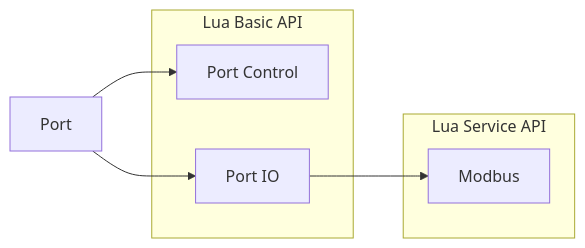
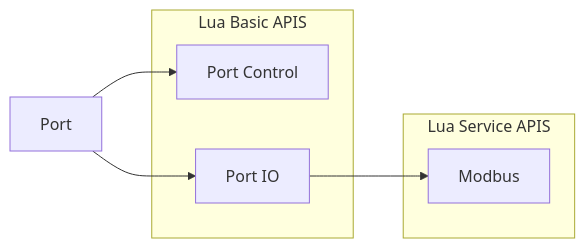
The first of 2 diagrams in readme.md (zyt20001205/UniComm2), drawn with Mermaid before and after one commit. The commit also changed other lines of this file, not shown here.

````diff
--- a/readme.md
+++ b/readme.md
@@ -40,21 +40,16 @@
 ```mermaid
 flowchart LR
     port[Port]
-    
-    subgraph Lua Basic API
+
+    subgraph Lua Basic APIS
         portControl[Port Control]
         portIO[Port IO]
     end
 
-    subgraph Lua Service API
+    subgraph Lua Service APIS
         modbus[Modbus]
     end
 
     port --> portControl & portIO
     portIO --> modbus
-    
-    click port "#SupportPortTypes" "Support Port Types"
-    click portControl "#PortControl" "Port Control"
-    click portIO "#PortIO" "Port IO"
-    click modbus "#Modbus" "Modbus"
 ```
````
